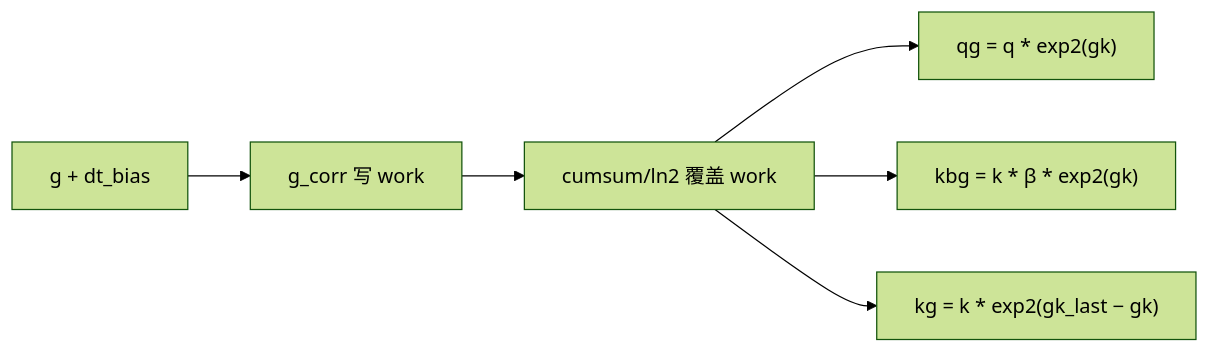
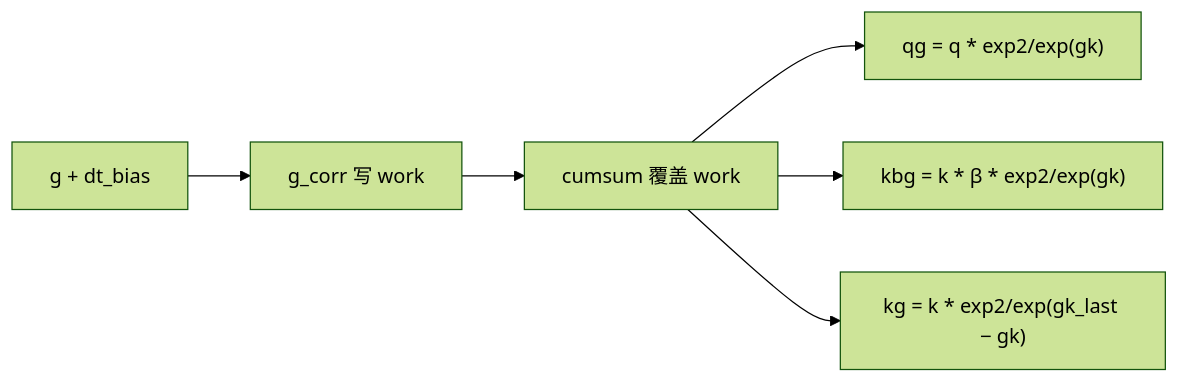
The third of 4 diagrams in kda_gate_wu_fusion_golden/DESIGN.md (LiYuanqg/flash-linear-attention-npu), drawn with Mermaid (forest theme) before and after one commit. The commit also changed other lines of this file and 16 other files, not shown here.

````diff
--- a/kda_gate_wu_fusion_golden/DESIGN.md
+++ b/kda_gate_wu_fusion_golden/DESIGN.md
@@ -119,8 +143,8 @@
 ```mermaid
 flowchart LR
   g["g + dt_bias"] --> gcorr["g_corr 写 work"]
-  gcorr --> gk["cumsum/ln2 覆盖 work"]
-  gk --> qg["qg = q * exp2(gk)"]
-  gk --> kbg["kbg = k * β * exp2(gk)"]
-  gk --> kg["kg = k * exp2(gk_last − gk)"]
+  gcorr --> gk["cumsum 覆盖 work"]
+  gk --> qg["qg = q * exp2/exp(gk)"]
+  gk --> kbg["kbg = k * β * exp2/exp(gk)"]
+  gk --> kg["kg = k * exp2/exp(gk_last − gk)"]
 ```
````
